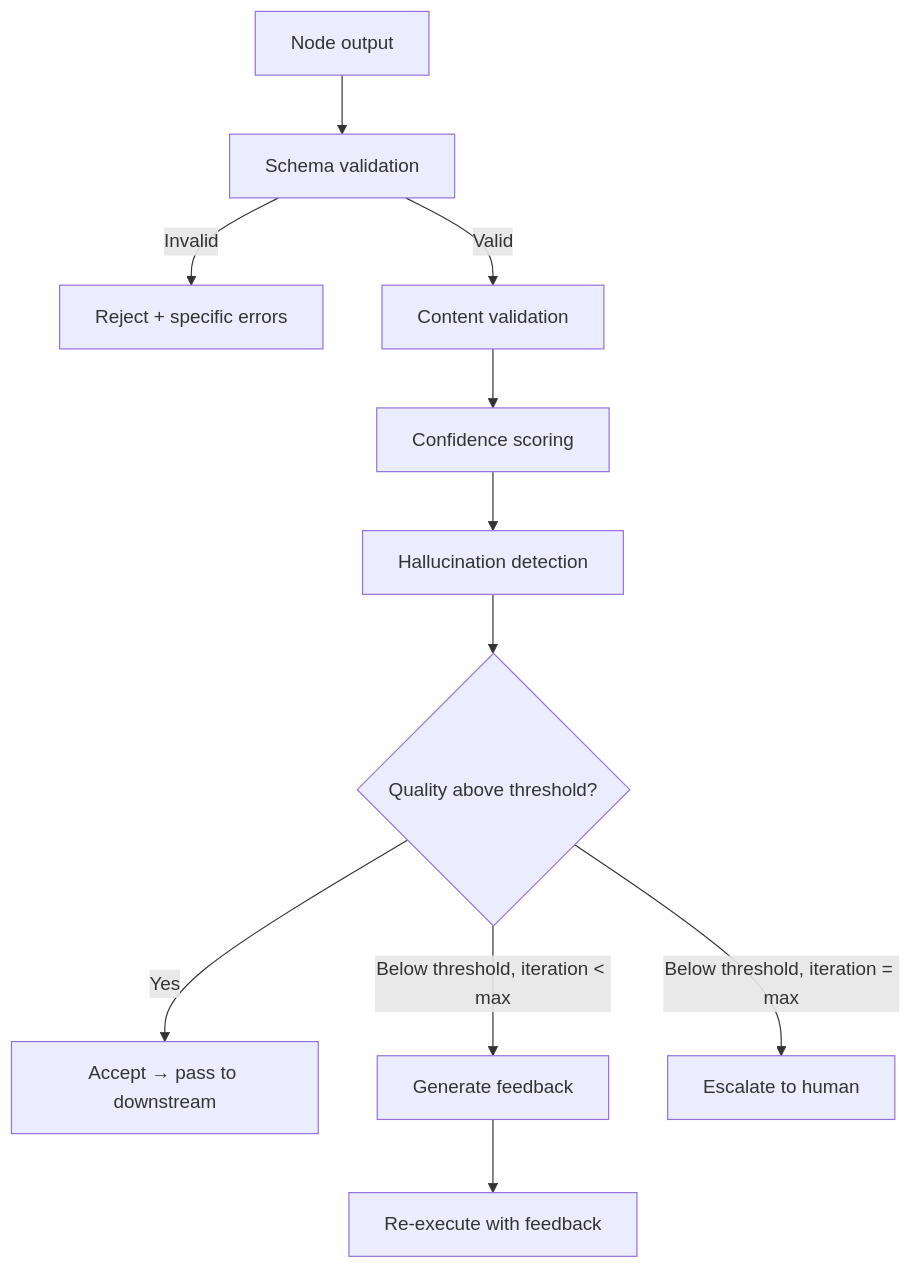
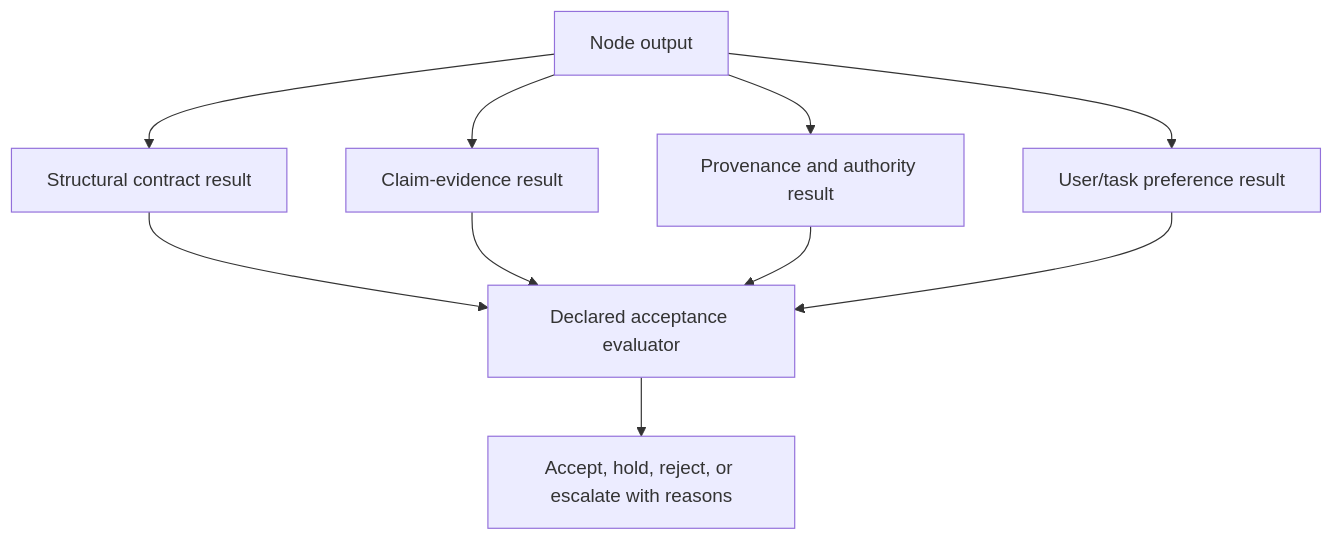
The first of 2 diagrams in skills/dag-quality/SKILL.md (curiositech/port-daddy), drawn with Mermaid before and after one commit. The commit also changed other lines of this file and 1782 other files, not shown here.

````diff
--- a/skills/dag-quality/SKILL.md
+++ b/skills/dag-quality/SKILL.md
@@ -48,13 +48,12 @@
 ```mermaid
 flowchart TD
-  O[Node output] --> SV[Schema validation]
-  SV -->|Invalid| REJ[Reject + specific errors]
-  SV -->|Valid| CV[Content validation]
-  CV --> CS[Confidence scoring]
-  CS --> HD[Hallucination detection]
-  HD --> D{Quality above threshold?}
-  D -->|Yes| ACC[Accept → pass to downstream]
-  D -->|Below threshold, iteration < max| FB[Generate feedback]
-  FB --> RE[Re-execute with feedback]
-  D -->|Below threshold, iteration = max| ESC[Escalate to human]
+  O[Node output] --> SV[Structural contract result]
+  O --> CE[Claim-evidence result]
+  O --> PV[Provenance and authority result]
+  O --> UP[User/task preference result]
+  SV --> D[Declared acceptance evaluator]
+  CE --> D
+  PV --> D
+  UP --> D
+  D --> ACC[Accept, hold, reject, or escalate with reasons]
 ```
````
